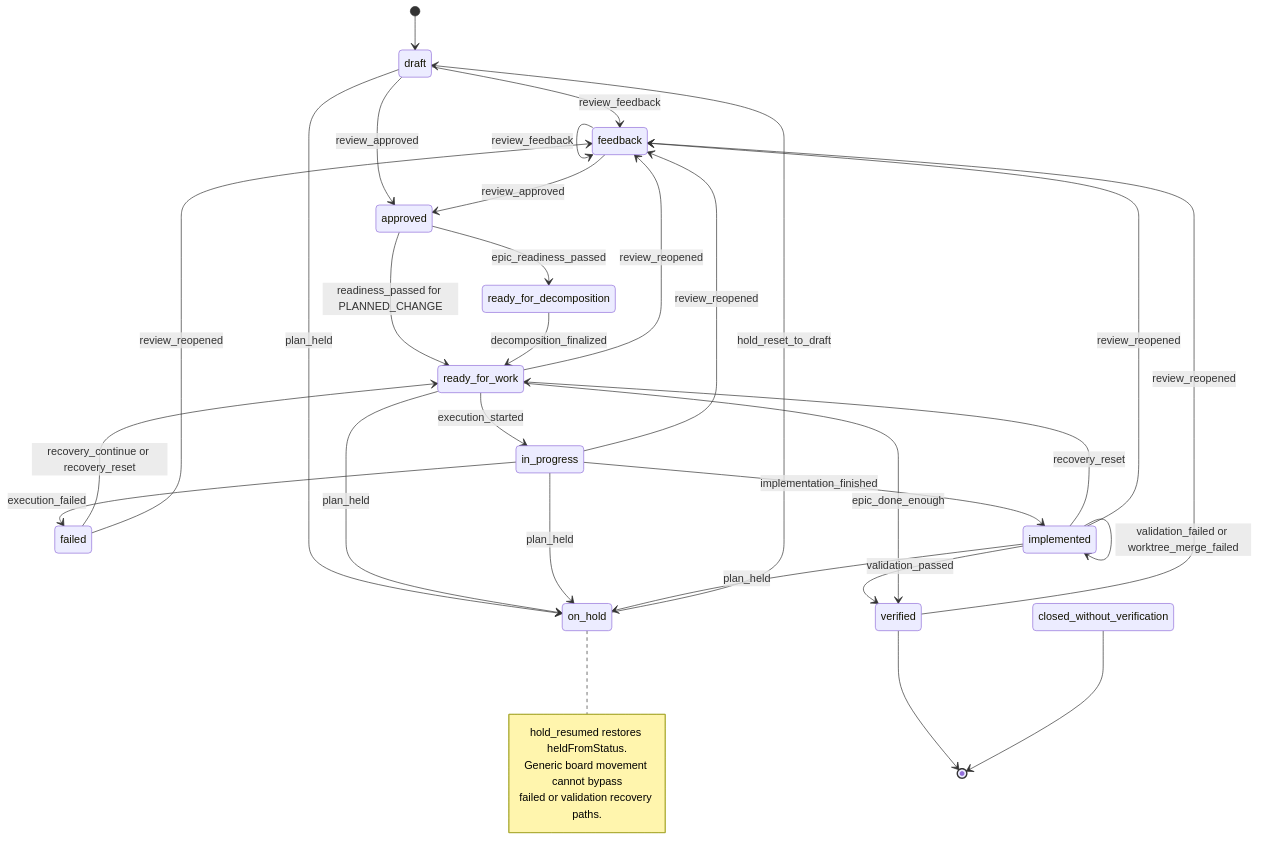
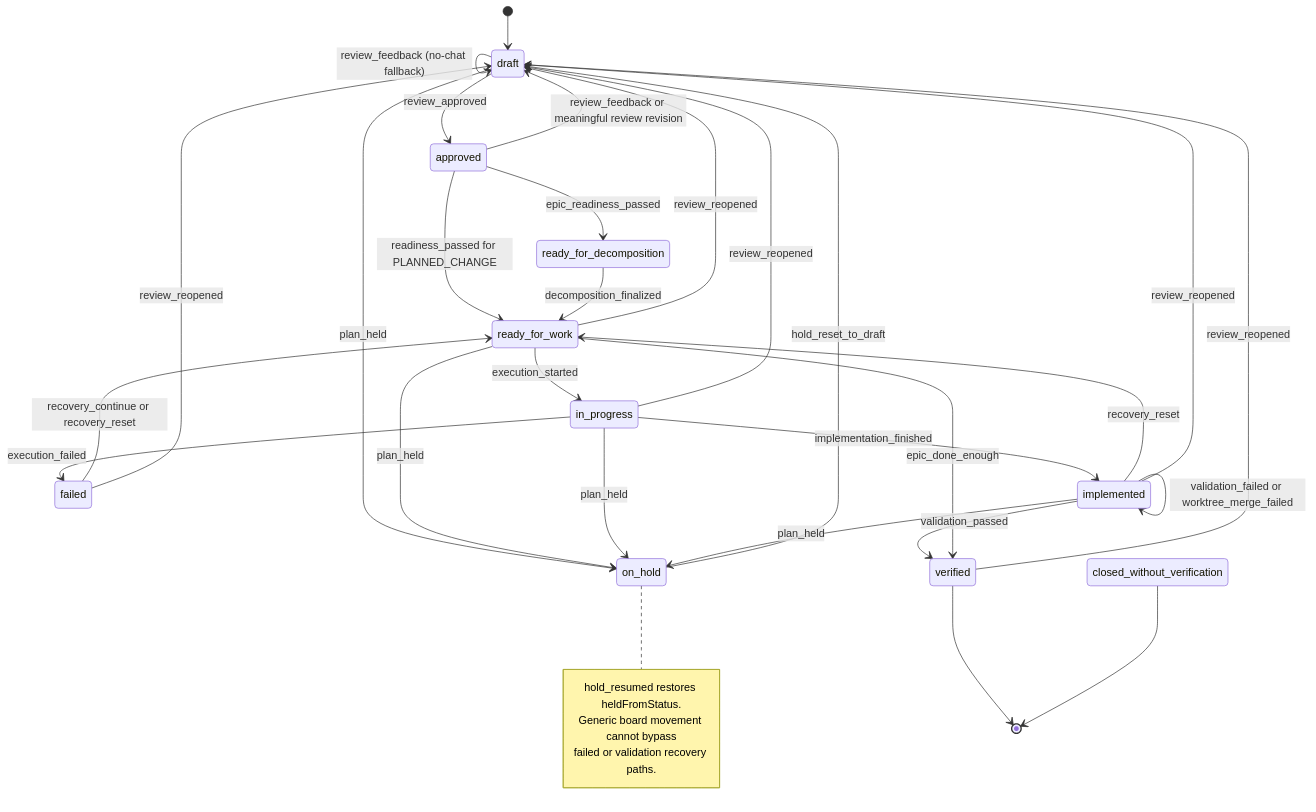
Diagram 11 of 13 in docs/architecture.md (RunWield/runwield), drawn with Mermaid before and after one commit. The commit also changed other lines of this file and 80 other files, not shown here.

````diff
--- a/docs/architecture.md
+++ b/docs/architecture.md
@@ -698,43 +703,42 @@
 ```mermaid
 stateDiagram-v2
     [*] --> draft
 
-    draft --> feedback: review_feedback
-    feedback --> feedback: review_feedback
+    draft --> draft: review_feedback (no-chat fallback)
+    approved --> draft: review_feedback or meaningful review revision
     draft --> approved: review_approved
-    feedback --> approved: review_approved
 
     approved --> ready_for_work: readiness_passed for PLANNED_CHANGE
     approved --> ready_for_decomposition: epic_readiness_passed
     ready_for_decomposition --> ready_for_work: decomposition_finalized
 
     ready_for_work --> in_progress: execution_started
     in_progress --> failed: execution_failed
     failed --> ready_for_work: recovery_continue or recovery_reset
     in_progress --> implemented: implementation_finished
     implemented --> implemented: validation_failed or worktree_merge_failed
     implemented --> ready_for_work: recovery_reset
     implemented --> verified: validation_passed
     ready_for_work --> verified: epic_done_enough
 
-    ready_for_work --> feedback: review_reopened
-    in_progress --> feedback: review_reopened
-    failed --> feedback: review_reopened
-    implemented --> feedback: review_reopened
-    verified --> feedback: review_reopened
+    ready_for_work --> draft: review_reopened
+    in_progress --> draft: review_reopened
+    failed --> draft: review_reopened
+    implemented --> draft: review_reopened
+    verified --> draft: review_reopened
 
     draft --> on_hold: plan_held
     ready_for_work --> on_hold: plan_held
     in_progress --> on_hold: plan_held
     implemented --> on_hold: plan_held
     on_hold --> draft: hold_reset_to_draft
 
     note right of on_hold
         hold_resumed restores heldFromStatus.
         Generic board movement cannot bypass
         failed or validation recovery paths.
     end note
 
     verified --> [*]
     closed_without_verification --> [*]
 ```
````
